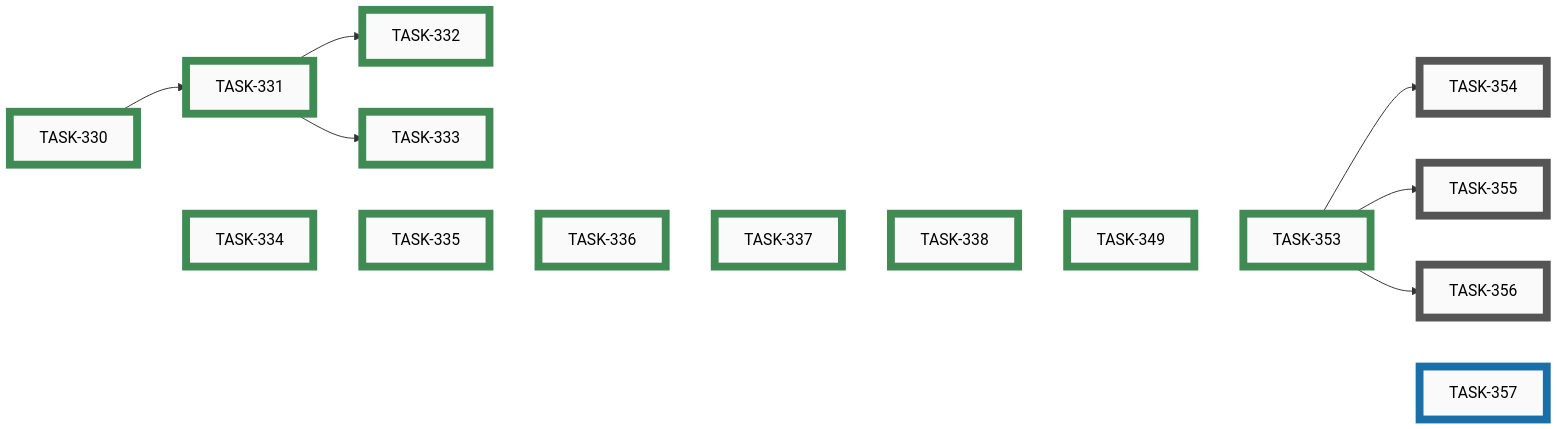
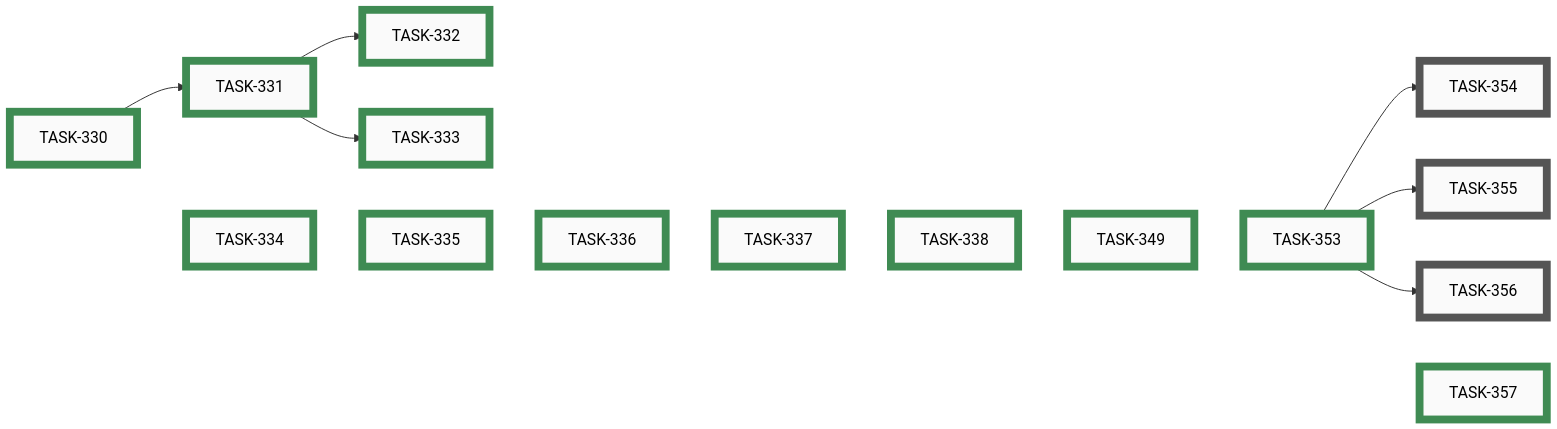
One commit to tgd1975/AwesomeStudioPedal changed the eighth of 11 diagrams in docs/developers/tasks/EPICS.md. Above: the diagram before and after it, drawn with Mermaid. The commit also changed other lines of this file and 4 other files, not shown here.

````diff
--- a/docs/developers/tasks/EPICS.md
+++ b/docs/developers/tasks/EPICS.md
@@ -297,48 +297,48 @@
 ```mermaid
 graph LR
     TASK_354["TASK-354"]:::open
     TASK_355["TASK-355"]:::open
     TASK_356["TASK-356"]:::open
-    TASK_357["TASK-357"]:::active
     TASK_330["TASK-330"]:::closed
     TASK_331["TASK-331"]:::closed
     TASK_332["TASK-332"]:::closed
     TASK_333["TASK-333"]:::closed
     TASK_334["TASK-334"]:::closed
     TASK_335["TASK-335"]:::closed
     TASK_336["TASK-336"]:::closed
     TASK_337["TASK-337"]:::closed
     TASK_338["TASK-338"]:::closed
     TASK_349["TASK-349"]:::closed
     TASK_353["TASK-353"]:::closed
+    TASK_357["TASK-357"]:::closed
     TASK_353 --> TASK_354
     TASK_353 --> TASK_355
     TASK_353 --> TASK_356
     TASK_330 --> TASK_331
     TASK_331 --> TASK_332
     TASK_331 --> TASK_333
     TASK_330 ~~~ TASK_334 ~~~ TASK_335 ~~~ TASK_336 ~~~ TASK_337 ~~~ TASK_338 ~~~ TASK_349 ~~~ TASK_353 ~~~ TASK_357
     click TASK_354 "open/task-354-firmware-version-read-characteristic.md"
     click TASK_355 "open/task-355-firmware-config-readback.md"
     click TASK_356 "open/task-356-firmware-active-profile-notify.md"
-    click TASK_357 "active/task-357-reconcile-max-config-bytes-doc-vs-code.md"
     click TASK_330 "closed/task-330-decide-content-page-open-questions.md"
     click TASK_331 "closed/task-331-add-info-about-page.md"
     click TASK_332 "closed/task-332-add-howto-quickstart-page.md"
     click TASK_333 "closed/task-333-add-profiles-troubleshooting-legal-pages.md"
     click TASK_334 "closed/task-334-add-startup-splash-screen.md"
     click TASK_335 "closed/task-335-add-connection-status-strip-and-details-sheet.md"
     click TASK_336 "closed/task-336-add-connected-pedal-page-board-only.md"
     click TASK_337 "closed/task-337-firmware-expose-version-config-active-profile.md"
     click TASK_338 "closed/task-338-add-hid-display-table-and-live-keystroke-page.md"
     click TASK_349 "closed/task-349-display-unified-version-in-mobile-app.md"
     click TASK_353 "closed/task-353-feasibility-firmware-ble-readback-surfaces.md"
+    click TASK_357 "closed/task-357-reconcile-max-config-bytes-doc-vs-code.md"
     classDef open    fill:#FAFAFA,stroke:#555,stroke-width:8px,color:#000
     classDef active  fill:#FAFAFA,stroke:#1A6FA8,stroke-width:8px,color:#000
     classDef closed  fill:#FAFAFA,stroke:#3F8B53,stroke-width:8px,color:#000
     classDef paused  fill:#FAFAFA,stroke:#B07810,stroke-width:8px,color:#000
     classDef openExt    fill:#000,stroke:#888,stroke-width:8px,color:#FFF
     classDef activeExt  fill:#000,stroke:#3FA9F5,stroke-width:8px,color:#FFF
     classDef closedExt  fill:#000,stroke:#7CC68A,stroke-width:8px,color:#FFF
     classDef pausedExt  fill:#000,stroke:#F0B030,stroke-width:8px,color:#FFF
 ```
````
